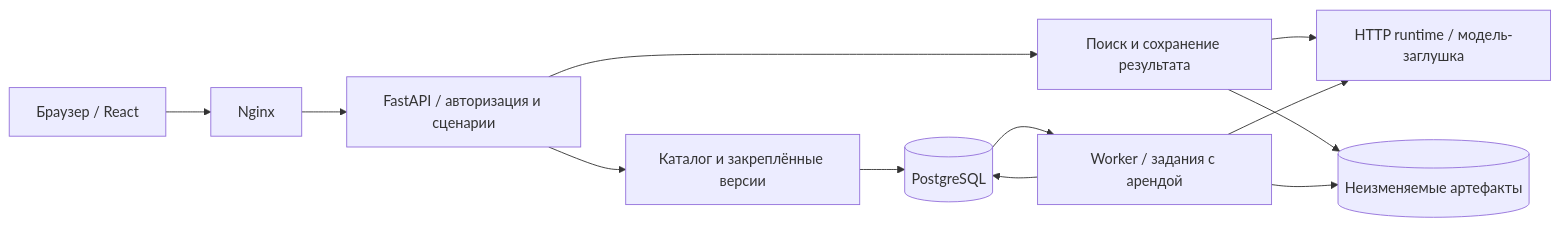
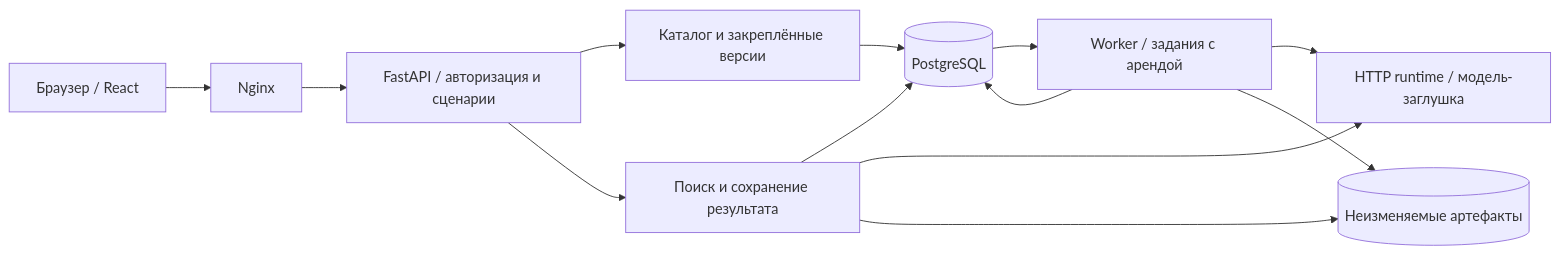
One commit to chrizantona/yslfalcon changed the diagram in service/docs/ARCHITECTURE.md. Above: the diagram before and after it, drawn with Mermaid. The commit also changed other lines of this file and 45 other files, not shown here.

````diff
--- a/service/docs/ARCHITECTURE.md
+++ b/service/docs/ARCHITECTURE.md
@@ -7,14 +7,15 @@
 ```mermaid
 flowchart LR
     Browser[Браузер / React] --> Web[Nginx]
     Web --> API[FastAPI / авторизация и сценарии]
     API --> Catalog[Каталог и закреплённые версии]
     Catalog --> DB[(PostgreSQL)]
     API --> Search[Поиск и сохранение результата]
+    Search --> DB
     Search --> Runtime[HTTP runtime / модель-заглушка]
     Search --> Files[(Неизменяемые артефакты)]
     DB --> Worker[Worker / задания с арендой]
     Worker --> Runtime
     Worker --> Files
     Worker --> DB
 ```
````
